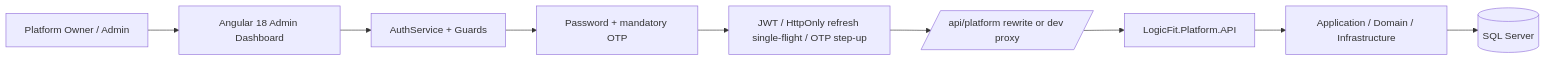
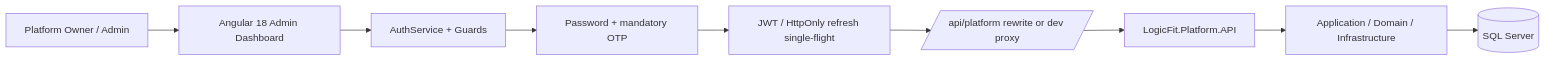
Before and after one commit to AhmedSalem104/LogiFit_Platform_Admin_Dashboard: the diagram in docs/ARCHITECTURE-AND-INTEGRATION.md, drawn with Mermaid. The commit also changed other lines of this file and 11 other files, not shown here.

Commit message:
fix(#60): remove post-login otp step-up

````diff
--- a/docs/ARCHITECTURE-AND-INTEGRATION.md
+++ b/docs/ARCHITECTURE-AND-INTEGRATION.md
@@ -13,11 +15,11 @@
 ```mermaid
 flowchart LR
     User[Platform Owner / Admin] --> Angular[Angular 18 Admin Dashboard]
     Angular --> Auth[AuthService + Guards]
     Auth --> Otp[Password + mandatory OTP]
-    Otp --> Interceptor[JWT / HttpOnly refresh single-flight / OTP step-up]
+    Otp --> Interceptor[JWT / HttpOnly refresh single-flight]
     Interceptor --> Proxy[/api/platform rewrite or dev proxy/]
     Proxy --> API[LogicFit.Platform.API]
     API --> Domain[Application / Domain / Infrastructure]
     Domain --> SQL[(SQL Server)]
 ```
````
